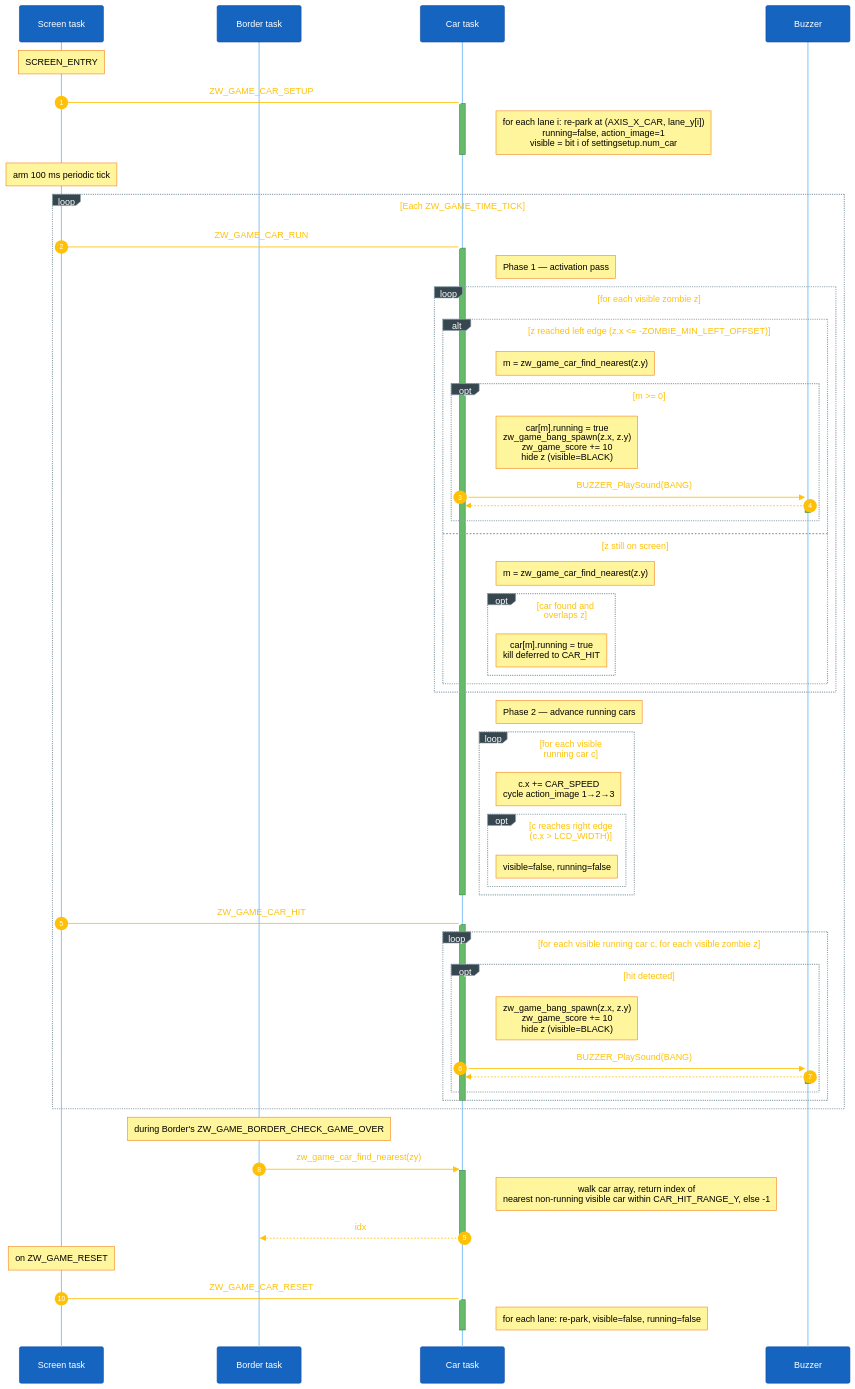
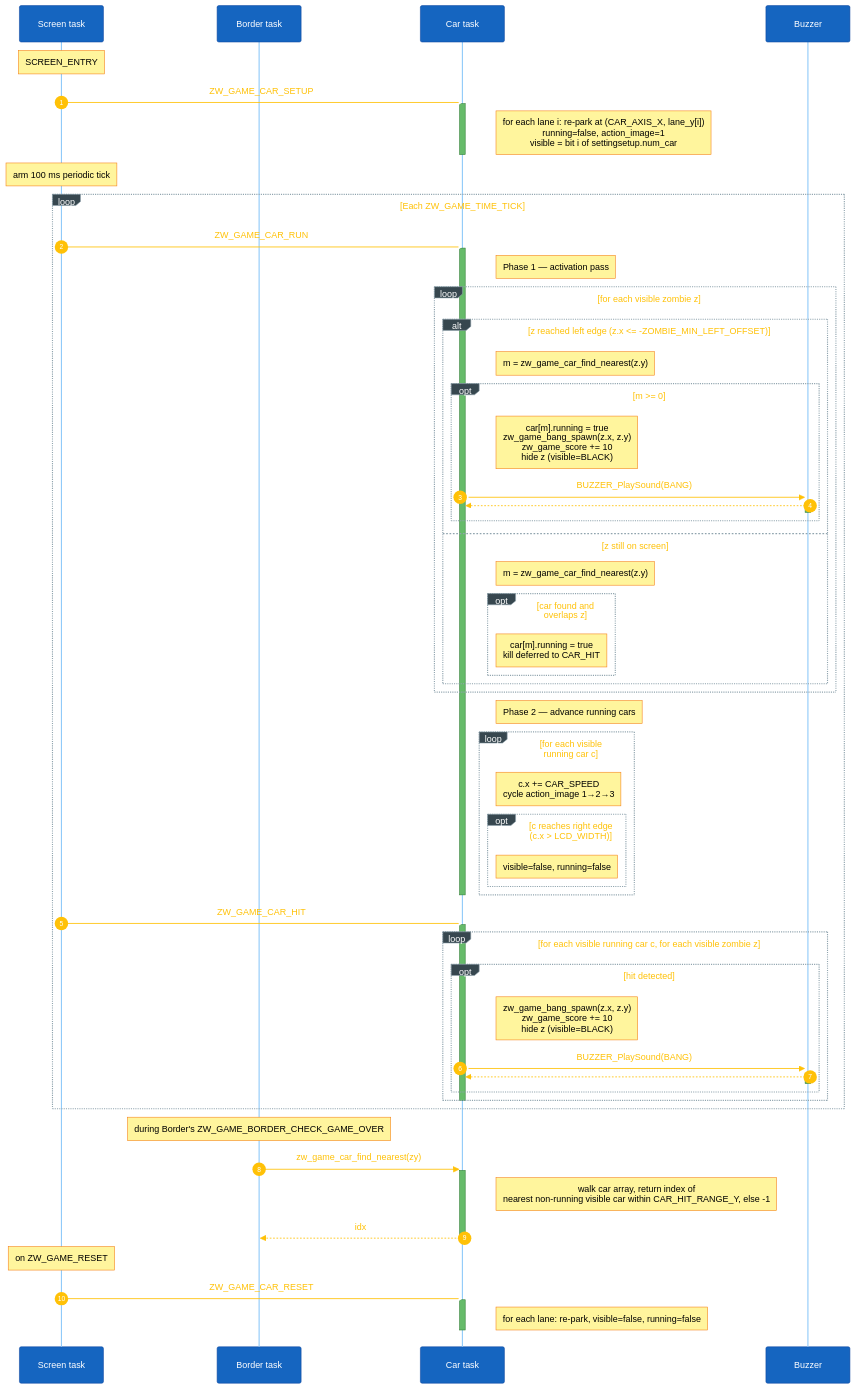
Before and after one commit to caotrongphuoc/mini-clock: the fourth of 7 diagrams in docs/03-design-sequence-object.md, drawn with Mermaid. The commit also changed other lines of this file, not shown here.

Commit message:
[UPDATE] sync sequence object doc with new macro names

````diff
--- a/docs/03-design-sequence-object.md
+++ b/docs/03-design-sequence-object.md
@@ -244,67 +244,67 @@
 ```mermaid
 %%{init: {'theme':'base','themeVariables':{'fontSize':'18px','primaryColor':'#1565c0','primaryTextColor':'#ffffff','primaryBorderColor':'#0d47a1','lineColor':'#90a4ae','signalColor':'#ffc107','signalTextColor':'#ffc107','actorBkg':'#1565c0','actorBorder':'#0d47a1','actorTextColor':'#ffffff','actorLineColor':'#90caf9','noteBkgColor':'#fff59d','noteTextColor':'#000000','noteBorderColor':'#f57f17','activationBkgColor':'#66bb6a','activationBorderColor':'#2e7d32','sequenceNumberColor':'#ffffff','loopTextColor':'#ffc107','labelBoxBkgColor':'#37474f','labelBoxBorderColor':'#90a4ae','labelTextColor':'#ffffff'},'sequence':{'actorMargin':120,'messageFontSize':17,'noteFontSize':15,'actorFontSize':17,'boxMargin':15,'boxTextMargin':8,'noteMargin':12,'useMaxWidth':false}}}%%
 sequenceDiagram
     autonumber
     participant Scr as Screen task
     participant Bdr as Border task
     participant Car as Car task
     participant Bz as Buzzer
 
     Note over Scr: SCREEN_ENTRY
     Scr-)Car: ZW_GAME_CAR_SETUP
     activate Car
-    Note right of Car: for each lane i: re-park at (AXIS_X_CAR, lane_y[i])<br/>running=false, action_image=1<br/>visible = bit i of settingsetup.num_car
+    Note right of Car: for each lane i: re-park at (CAR_AXIS_X, lane_y[i])<br/>running=false, action_image=1<br/>visible = bit i of settingsetup.num_car
     deactivate Car
     Note over Scr: arm 100 ms periodic tick
 
     loop Each ZW_GAME_TIME_TICK
         Scr-)Car: ZW_GAME_CAR_RUN
         activate Car
         Note right of Car: Phase 1 — activation pass
         loop for each visible zombie z
             alt z reached left edge (z.x <= -ZOMBIE_MIN_LEFT_OFFSET)
                 Note right of Car: m = zw_game_car_find_nearest(z.y)
                 opt m >= 0
                     Note right of Car: car[m].running = true<br/>zw_game_bang_spawn(z.x, z.y)<br/>zw_game_score += 10<br/>hide z (visible=BLACK)
                     Car->>+Bz: BUZZER_PlaySound(BANG)
                     Bz-->>-Car: 
                 end
             else z still on screen
                 Note right of Car: m = zw_game_car_find_nearest(z.y)
                 opt car found and overlaps z
                     Note right of Car: car[m].running = true<br/>kill deferred to CAR_HIT
                 end
             end
         end
         Note right of Car: Phase 2 — advance running cars
         loop for each visible running car c
             Note right of Car: c.x += CAR_SPEED<br/>cycle action_image 1→2→3
             opt c reaches right edge (c.x > LCD_WIDTH)
                 Note right of Car: visible=false, running=false
             end
         end
         deactivate Car
 
         Scr-)Car: ZW_GAME_CAR_HIT
         activate Car
         loop for each visible running car c, for each visible zombie z
             opt hit detected
                 Note right of Car: zw_game_bang_spawn(z.x, z.y)<br/>zw_game_score += 10<br/>hide z (visible=BLACK)
                 Car->>+Bz: BUZZER_PlaySound(BANG)
                 Bz-->>-Car: 
             end
         end
         deactivate Car
     end
 
     Note over Bdr: during Border's ZW_GAME_BORDER_CHECK_GAME_OVER
     Bdr->>+Car: zw_game_car_find_nearest(zy)
     Note right of Car: walk car array, return index of<br/>nearest non-running visible car within CAR_HIT_RANGE_Y, else -1
     Car-->>-Bdr: idx
 
     Note over Scr: on ZW_GAME_RESET
     Scr-)Car: ZW_GAME_CAR_RESET
     activate Car
     Note right of Car: for each lane: re-park, visible=false, running=false
     deactivate Car
 ```
````
